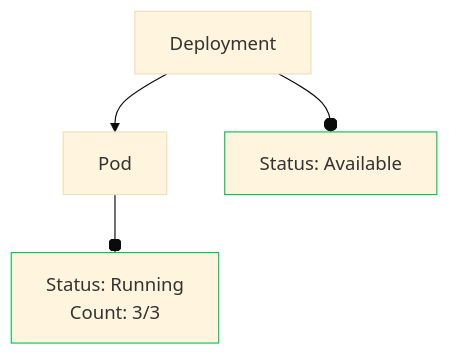
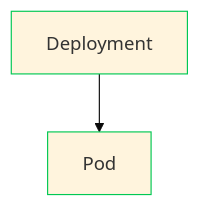
Before and after one commit to ntnn/mermaid-kube-live: the diagram in examples/simple/diagram.result.mermaid, drawn with Mermaid (base theme).

Commit message:
Update example result to only use colouring

```diff
--- a/examples/simple/diagram.result.mermaid
+++ b/examples/simple/diagram.result.mermaid
@@ -1,14 +1,8 @@
 graph TD
   D[Deployment]
   P[Pod]
 
   D --> P
 
-  DStatus[Status: Available]
-  style DStatus stroke:#00C853
-  D --o DStatus
-
-  PStatus["`Status: Running
-  Count: 3/3`"]
-  style PStatus stroke:#00C853
-  P --o PStatus
+  style D stroke:#00C853
+  style P stroke:#00C853
```
